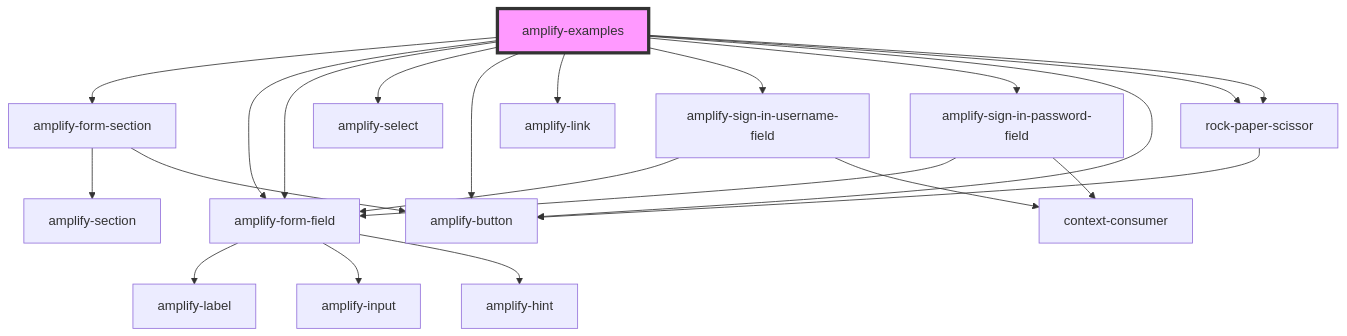
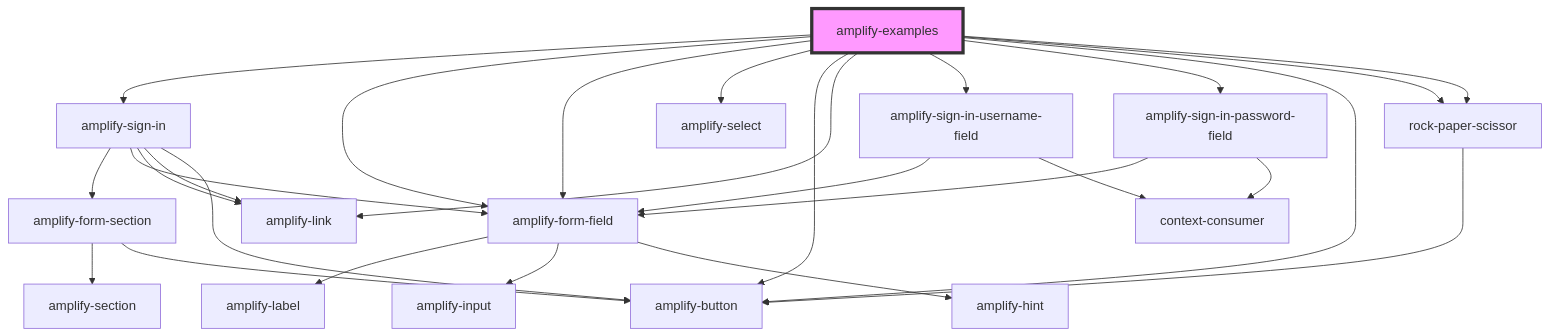
One commit to aws-amplify/amplify-js changed the diagram in packages/amplify-ui-components/src/components/amplify-examples/readme.md. Above: the diagram before and after it, drawn with Mermaid. The commit also changed other lines of this file and 9 other files, not shown here.

````diff
--- a/packages/amplify-ui-components/src/components/amplify-examples/readme.md
+++ b/packages/amplify-ui-components/src/components/amplify-examples/readme.md
@@ -25,25 +25,30 @@
 ```mermaid
 graph TD;
-  amplify-examples --> amplify-form-section
+  amplify-examples --> amplify-sign-in
   amplify-examples --> amplify-form-field
   amplify-examples --> amplify-form-field
   amplify-examples --> amplify-select
   amplify-examples --> amplify-button
   amplify-examples --> amplify-link
   amplify-examples --> amplify-sign-in-username-field
   amplify-examples --> amplify-sign-in-password-field
   amplify-examples --> amplify-button
   amplify-examples --> rock-paper-scissor
   amplify-examples --> rock-paper-scissor
+  amplify-sign-in --> amplify-form-section
+  amplify-sign-in --> amplify-form-field
+  amplify-sign-in --> amplify-link
+  amplify-sign-in --> amplify-link
+  amplify-sign-in --> amplify-button
   amplify-form-section --> amplify-section
   amplify-form-section --> amplify-button
   amplify-form-field --> amplify-label
   amplify-form-field --> amplify-input
   amplify-form-field --> amplify-hint
   amplify-sign-in-username-field --> amplify-form-field
   amplify-sign-in-username-field --> context-consumer
   amplify-sign-in-password-field --> amplify-form-field
   amplify-sign-in-password-field --> context-consumer
   rock-paper-scissor --> amplify-button
   style amplify-examples fill:#f9f,stroke:#333,stroke-width:4px
 ```
````
